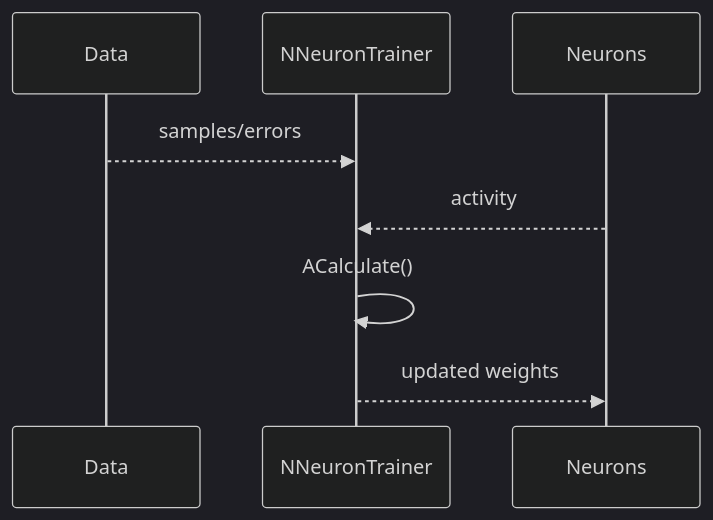
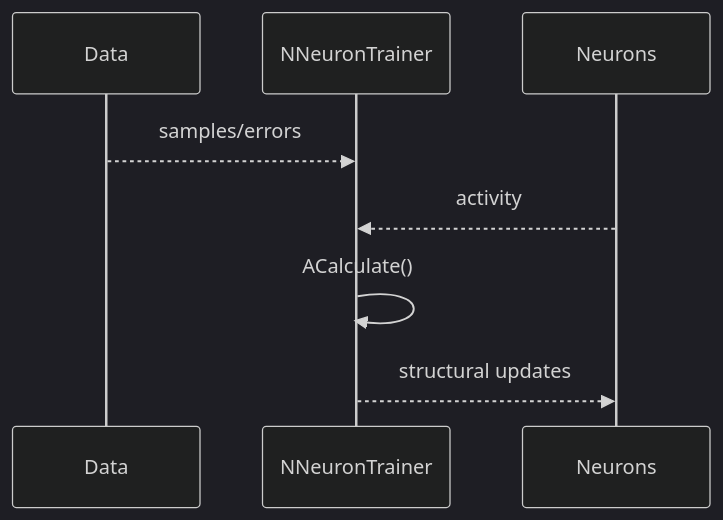
Before and after one commit to aicommunity/Nmsdk-PulseLib: the second of 14 diagrams in Docs/Components/NNeuronTrainer.md, drawn with Mermaid (dark theme). The commit also changed other lines of this file and 6 other files, not shown here.

````diff
--- a/Docs/Components/NNeuronTrainer.md
+++ b/Docs/Components/NNeuronTrainer.md
@@ -26,10 +28,10 @@
 ```mermaid
 sequenceDiagram
     participant Data as Data
     participant T as NNeuronTrainer
     participant N as Neurons
     Data-->>T: samples/errors
     N-->>T: activity
     T->>T: ACalculate()
-    T-->>N: updated weights
+    T-->>N: structural updates
 ```
````
